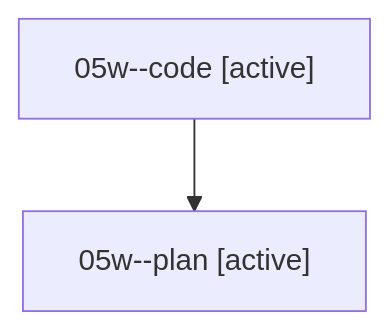
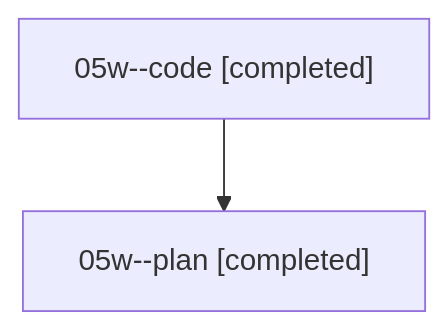
The diagram in families/bbugyi200.athena.05w.md (sase-org/sase--agents), drawn with Mermaid before and after one commit. The commit also changed other lines of this file and 40 other files, not shown here.

````diff
--- a/families/bbugyi200.athena.05w.md
+++ b/families/bbugyi200.athena.05w.md
@@ -9,6 +9,6 @@
 ```mermaid
 flowchart TD
-  n0["05w--code [active]"]
-  n1["05w--plan [active]"]
+  n0["05w--code [completed]"]
+  n1["05w--plan [completed]"]
   n0 --> n1
 ```
````
